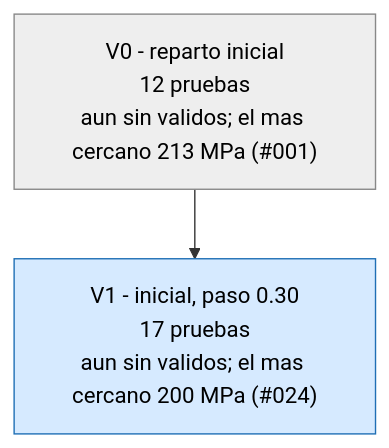
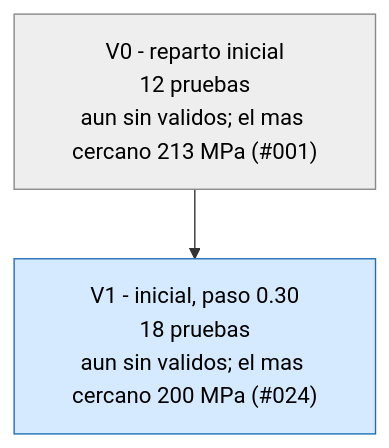
The first of 3 diagrams in runs/opt_37800N/ARBOL.md (Hugiko/msd-soporte-optimizacion), drawn with Mermaid before and after one commit. The commit also changed other lines of this file and 29 other files, not shown here.

````diff
--- a/runs/opt_37800N/ARBOL.md
+++ b/runs/opt_37800N/ARBOL.md
@@ -9,9 +9,9 @@
 ```mermaid
 graph TD
 classDef activa fill:#d6eaff,stroke:#1f6fb5,color:#000
 classDef fin fill:#eeeeee,stroke:#888,color:#000
 classDef mejor fill:#c8f0c0,stroke:#1a9850,stroke-width:4px,color:#000
 V0["V0 - reparto inicial<br/>12 pruebas<br/>aun sin validos; el mas cercano 213 MPa (#001)"]:::fin
-V1["V1 - inicial, paso 0.30<br/>17 pruebas<br/>aun sin validos; el mas cercano 200 MPa (#024)"]:::activa
+V1["V1 - inicial, paso 0.30<br/>18 pruebas<br/>aun sin validos; el mas cercano 200 MPa (#024)"]:::activa
 V0 --> V1
 ```
````
